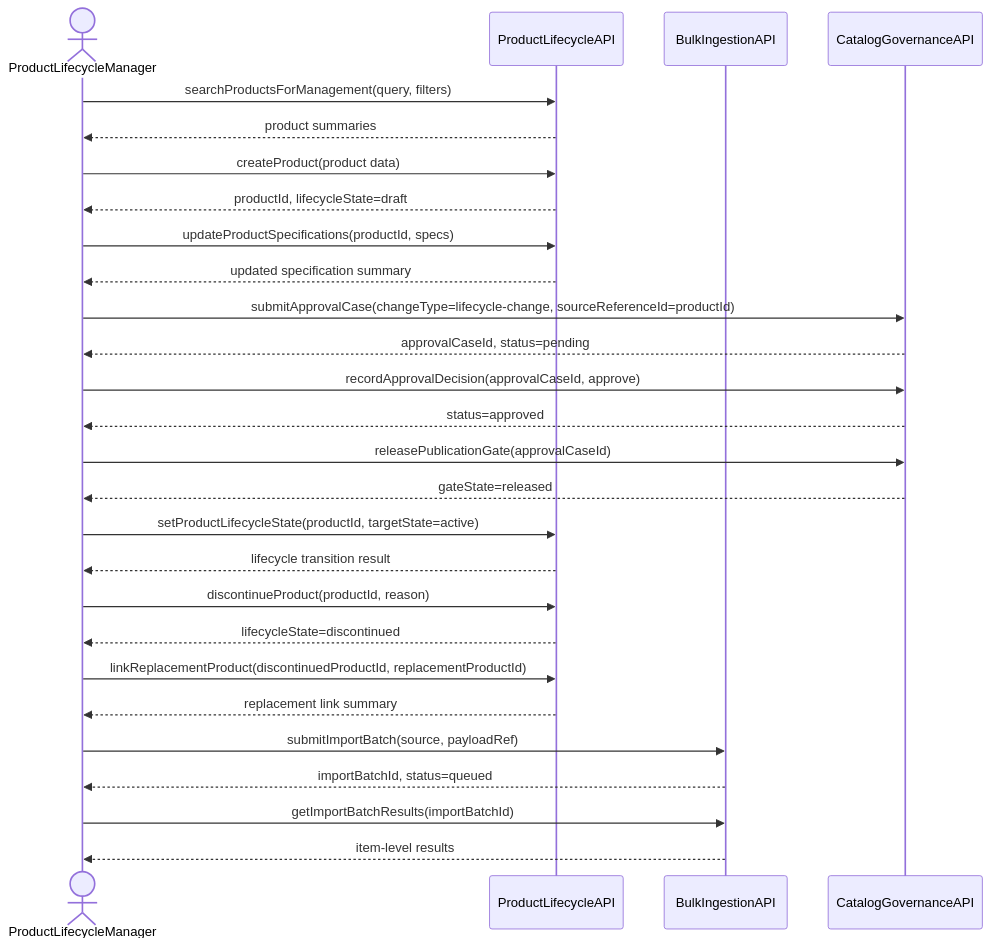
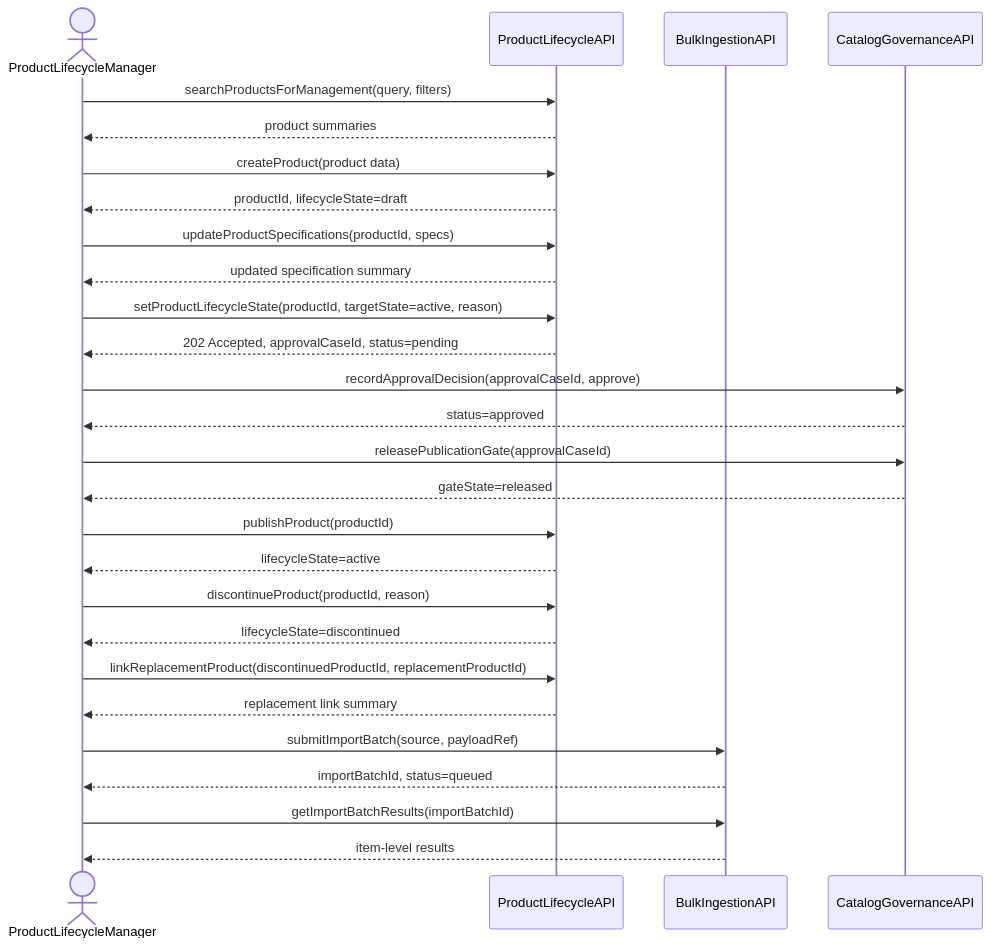
Before and after one commit to cjjohansen/drone-web: the first of 7 diagrams in design/catalog-management-v2/addr/define/sequence-diagrams.md, drawn with Mermaid. The commit also changed other lines of this file and 10 other files, not shown here.

Commit message:
Updates on an active product answer 202 with a link to the approval case (D-041) (#41)

````diff
--- a/design/catalog-management-v2/addr/define/sequence-diagrams.md
+++ b/design/catalog-management-v2/addr/define/sequence-diagrams.md
@@ -10,40 +10,40 @@
 ```mermaid
 sequenceDiagram
     actor PLM as ProductLifecycleManager
     participant ProductApi as ProductLifecycleAPI
     participant BulkApi as BulkIngestionAPI
     participant GovApi as CatalogGovernanceAPI
 
     PLM->>ProductApi: searchProductsForManagement(query, filters)
     ProductApi-->>PLM: product summaries
 
     PLM->>ProductApi: createProduct(product data)
     ProductApi-->>PLM: productId, lifecycleState=draft
 
     PLM->>ProductApi: updateProductSpecifications(productId, specs)
     ProductApi-->>PLM: updated specification summary
 
-    PLM->>GovApi: submitApprovalCase(changeType=lifecycle-change, sourceReferenceId=productId)
-    GovApi-->>PLM: approvalCaseId, status=pending
+    PLM->>ProductApi: setProductLifecycleState(productId, targetState=active, reason)
+    ProductApi-->>PLM: 202 Accepted, approvalCaseId, status=pending
 
     PLM->>GovApi: recordApprovalDecision(approvalCaseId, approve)
     GovApi-->>PLM: status=approved
 
     PLM->>GovApi: releasePublicationGate(approvalCaseId)
     GovApi-->>PLM: gateState=released
 
-    PLM->>ProductApi: setProductLifecycleState(productId, targetState=active)
-    ProductApi-->>PLM: lifecycle transition result
+    PLM->>ProductApi: publishProduct(productId)
+    ProductApi-->>PLM: lifecycleState=active
 
     PLM->>ProductApi: discontinueProduct(productId, reason)
     ProductApi-->>PLM: lifecycleState=discontinued
 
     PLM->>ProductApi: linkReplacementProduct(discontinuedProductId, replacementProductId)
     ProductApi-->>PLM: replacement link summary
 
     PLM->>BulkApi: submitImportBatch(source, payloadRef)
     BulkApi-->>PLM: importBatchId, status=queued
 
     PLM->>BulkApi: getImportBatchResults(importBatchId)
     BulkApi-->>PLM: item-level results
 ```
````
